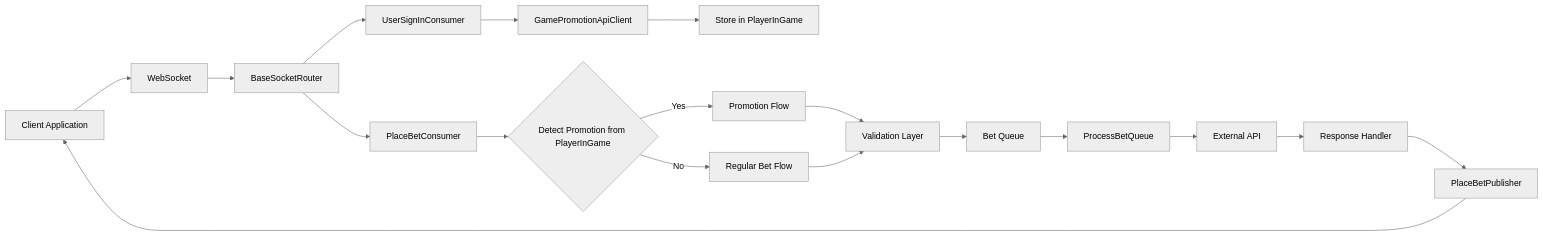
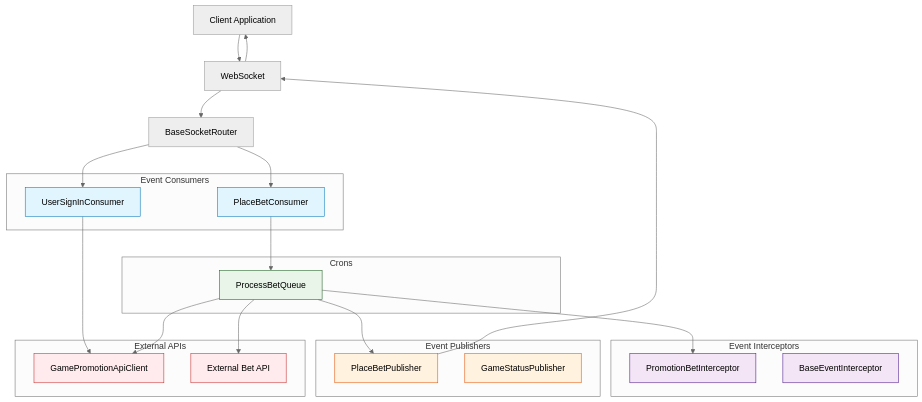
The first of 7 diagrams in diagrams/place-bet-flow-diagram.md (starixvn/l1_sc-packages_sc-game-base), drawn with Mermaid (neutral theme) before and after one commit. The commit also changed other lines of this file and 1 other file, not shown here.

Commit message:
docs: update place-bet-flow-diagram

````diff
--- a/diagrams/place-bet-flow-diagram.md
+++ b/diagrams/place-bet-flow-diagram.md
@@ -9,22 +9,52 @@
 ```mermaid
-flowchart LR
+flowchart TB
     Client[Client Application] --> Socket[WebSocket]
-    Socket --> Router[BaseSocketRouter]
+    Socket --> Routers[BaseSocketRouter]
 
-    Router --> SignIn[UserSignInConsumer]
-    SignIn --> OfficialAPI[GamePromotionApiClient]
-    OfficialAPI --> StoreData[Store in PlayerInGame]
+    subgraph "Event Consumers"
+        UserSignIn[UserSignInConsumer]
+        PlaceBet[PlaceBetConsumer]
+    end
 
-    Router --> Consumer[PlaceBetConsumer]
-    Consumer --> DetectPromotion{Detect Promotion from PlayerInGame}
-    DetectPromotion -->|Yes| PromotionFlow[Promotion Flow]
-    DetectPromotion -->|No| RegularFlow[Regular Bet Flow]
-    PromotionFlow --> Validation[Validation Layer]
-    RegularFlow --> Validation
-    Validation --> Queue[Bet Queue]
-    Queue --> Processor[ProcessBetQueue]
-    Processor --> API[External API]
-    API --> Response[Response Handler]
-    Response --> Publisher[PlaceBetPublisher]
-    Publisher --> Client
+    subgraph "Event Interceptors"
+        PromotionInterceptor[PromotionBetInterceptor]
+        BaseInterceptor[BaseEventInterceptor]
+    end
+
+    subgraph "Crons"
+        ProcessQueue[ProcessBetQueue]
+    end
+
+    subgraph "Event Publishers"
+        PlaceBetPub[PlaceBetPublisher]
+        StatusPub[GameStatusPublisher]
+    end
+
+    subgraph "External APIs"
+        PromotionAPI[GamePromotionApiClient]
+        BetAPI[External Bet API]
+    end
+
+    Routers --> UserSignIn
+    Routers --> PlaceBet
+    UserSignIn --> PromotionAPI
+    PlaceBet --> ProcessQueue
+    ProcessQueue --> PromotionInterceptor
+    ProcessQueue --> PromotionAPI
+    ProcessQueue --> BetAPI
+    ProcessQueue --> PlaceBetPub
+    PlaceBetPub --> Socket
+    Socket --> Client
+
+    classDef consumerStyle fill:#e1f5fe,stroke:#0277bd
+    classDef interceptorStyle fill:#f3e5f5,stroke:#4a148c
+    classDef cronStyle fill:#e8f5e8,stroke:#1b5e20
+    classDef publisherStyle fill:#fff3e0,stroke:#e65100
+    classDef apiStyle fill:#ffebee,stroke:#c62828
+
+    class UserSignIn,PlaceBet consumerStyle
+    class PromotionInterceptor,BaseInterceptor interceptorStyle
+    class ProcessQueue cronStyle
+    class PlaceBetPub,StatusPub publisherStyle
+    class PromotionAPI,BetAPI apiStyle
 ```
````
